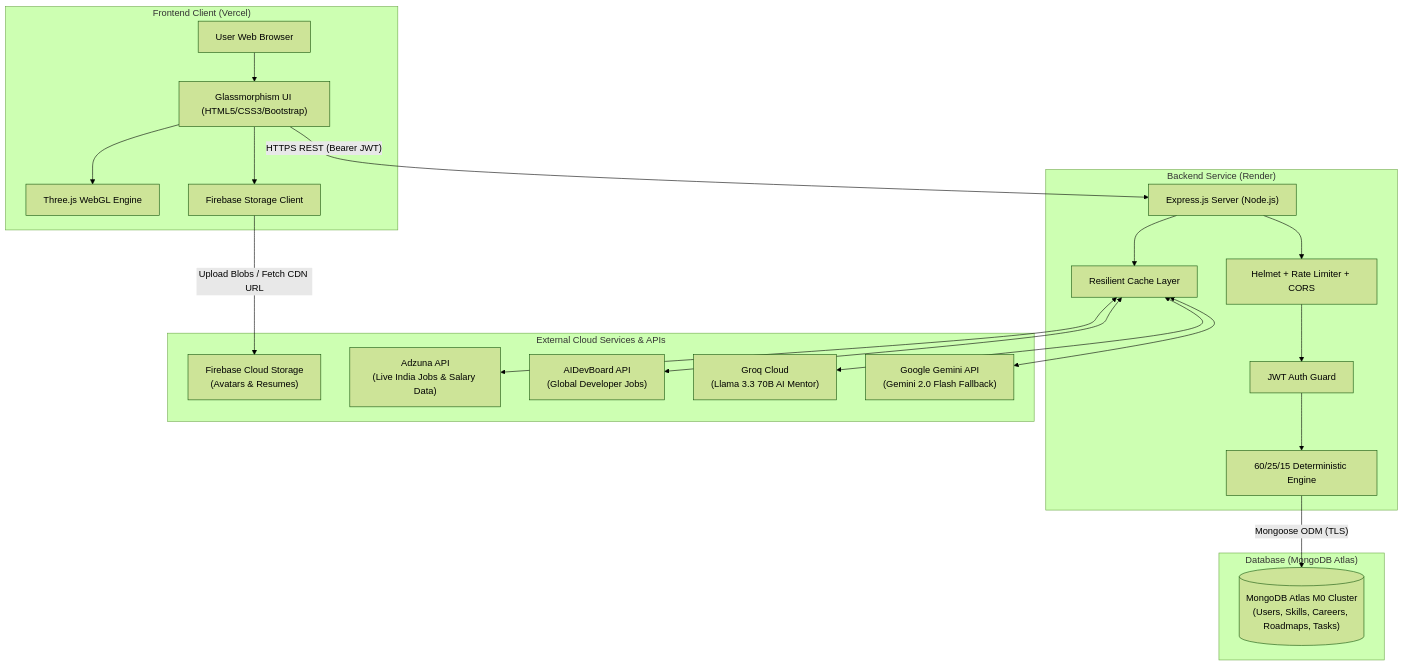
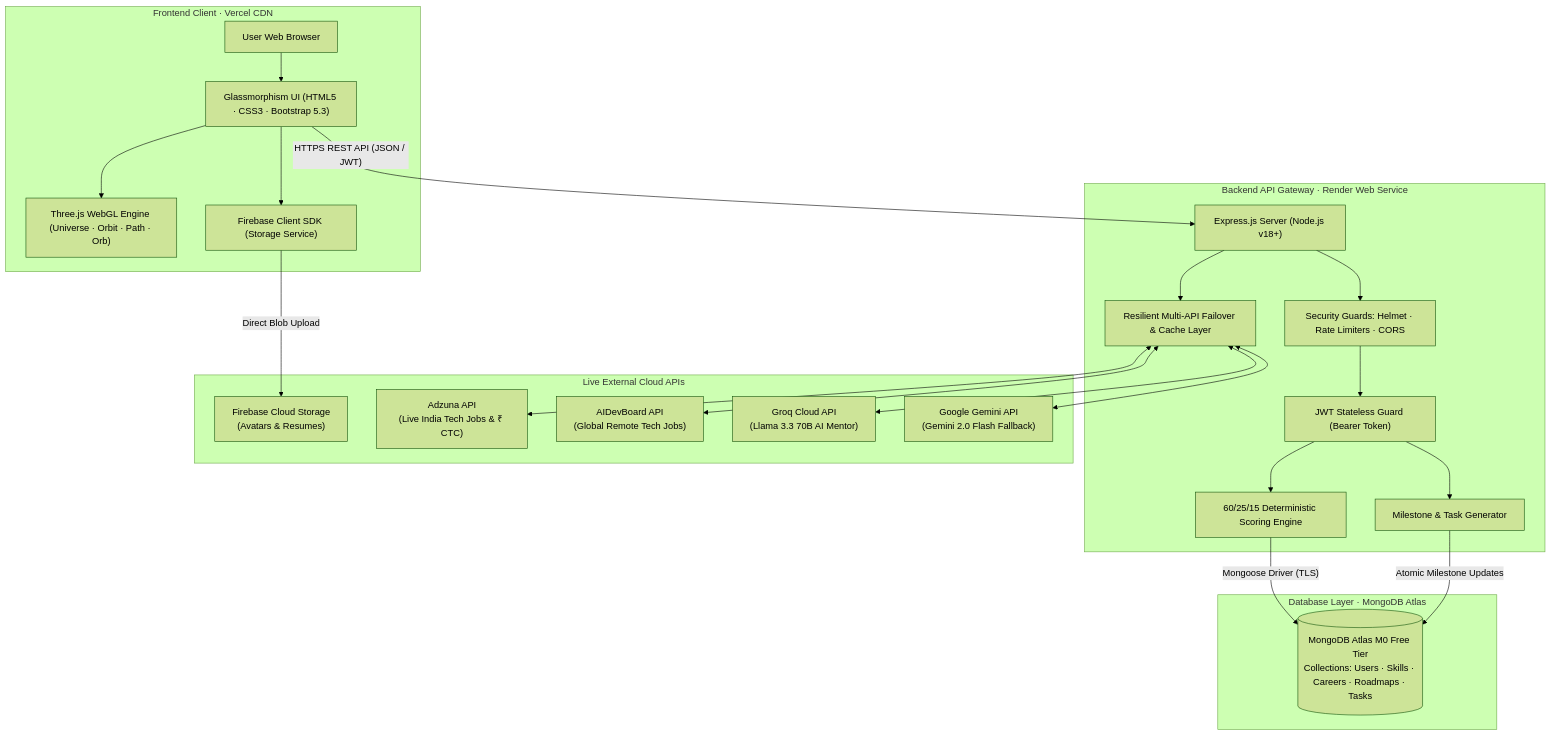
One commit to parthpatil1234p-svg/careerpath-ai changed the diagram in README.md. Above: the diagram before and after it, drawn with Mermaid (forest theme). The commit also changed other lines of this file, not shown here.

Commit message:
docs: update comprehensive judge-ready README with 60/25/15 math, live APIs, and AI disclosure

````diff
--- a/README.md
+++ b/README.md
@@ -126,44 +181,48 @@
 ```mermaid
 flowchart TD
-    subgraph Client ["Frontend Client (Vercel)"]
+    subgraph Client ["Frontend Client · Vercel CDN"]
         Browser["User Web Browser"]
-        UI["Glassmorphism UI (HTML5/CSS3/Bootstrap)"]
-        ThreeJS["Three.js WebGL Engine"]
-        FirebaseSDK["Firebase Storage Client"]
+        UI["Glassmorphism UI (HTML5 · CSS3 · Bootstrap 5.3)"]
+        ThreeJS["Three.js WebGL Engine (Universe · Orbit · Path · Orb)"]
+        FirebaseClient["Firebase Client SDK (Storage Service)"]
         Browser --> UI
         UI --> ThreeJS
-        UI --> FirebaseSDK
+        UI --> FirebaseClient
     end
 
-    subgraph Backend ["Backend Service (Render)"]
-        Express["Express.js Server (Node.js)"]
-        Security["Helmet + Rate Limiter + CORS"]
-        Auth["JWT Auth Guard"]
-        Scoring["60/25/15 Deterministic Engine"]
-        Failover["Resilient Cache Layer"]
+    subgraph Gateway ["Backend API Gateway · Render Web Service"]
+        Express["Express.js Server (Node.js v18+)"]
+        Security["Security Guards: Helmet · Rate Limiters · CORS"]
+        Auth["JWT Stateless Guard (Bearer Token)"]
+        Engine["60/25/15 Deterministic Scoring Engine"]
+        RoadmapGen["Milestone & Task Generator"]
+        FailoverLayer["Resilient Multi-API Failover & Cache Layer"]
+
         Express --> Security
         Security --> Auth
-        Auth --> Scoring
-        Express --> Failover
+        Auth --> Engine
+        Auth --> RoadmapGen
+        Express --> FailoverLayer
     end
 
-    subgraph Database ["Database (MongoDB Atlas)"]
-        DB[("MongoDB Atlas M0 Cluster\n(Users, Skills, Careers, Roadmaps, Tasks)")]
+    subgraph Database ["Database Layer · MongoDB Atlas"]
+        Cluster[("MongoDB Atlas M0 Free Tier\nCollections: Users · Skills · Careers · Roadmaps · Tasks")]
     end
 
-    subgraph CloudAPIs ["External Cloud Services & APIs"]
+    subgraph CloudAPIs ["Live External Cloud APIs"]
         FirebaseCloud["Firebase Cloud Storage\n(Avatars & Resumes)"]
-        Adzuna["Adzuna API\n(Live India Jobs & Salary Data)"]
-        AIDev["AIDevBoard API\n(Global Developer Jobs)"]
-        Groq["Groq Cloud\n(Llama 3.3 70B AI Mentor)"]
-        Gemini["Google Gemini API\n(Gemini 2.0 Flash Fallback)"]
+        AdzunaAPI["Adzuna API\n(Live India Tech Jobs & ₹ CTC)"]
+        AIDevAPI["AIDevBoard API\n(Global Remote Tech Jobs)"]
+        GroqAPI["Groq Cloud API\n(Llama 3.3 70B AI Mentor)"]
+        GeminiAPI["Google Gemini API\n(Gemini 2.0 Flash Fallback)"]
     end
 
-    UI -- "HTTPS REST (Bearer JWT)" --> Express
-    FirebaseSDK -- "Upload Blobs / Fetch CDN URL" --> FirebaseCloud
-    Scoring -- "Mongoose ODM (TLS)" --> DB
-    Failover <--> Adzuna
-    Failover <--> AIDev
-    Failover <--> Groq
-    Failover <--> Gemini
+    UI -- "HTTPS REST API (JSON / JWT)" --> Express
+    FirebaseClient -- "Direct Blob Upload" --> FirebaseCloud
+    Engine -- "Mongoose Driver (TLS)" --> Cluster
+    RoadmapGen -- "Atomic Milestone Updates" --> Cluster
+    FailoverLayer <--> AdzunaAPI
+    FailoverLayer <--> AIDevAPI
+    FailoverLayer <--> GroqAPI
+    FailoverLayer <--> GeminiAPI
 ```
````
